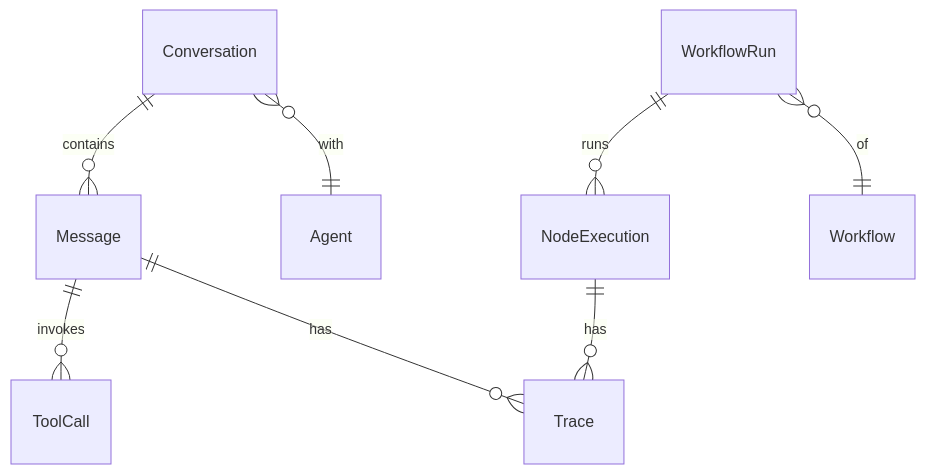
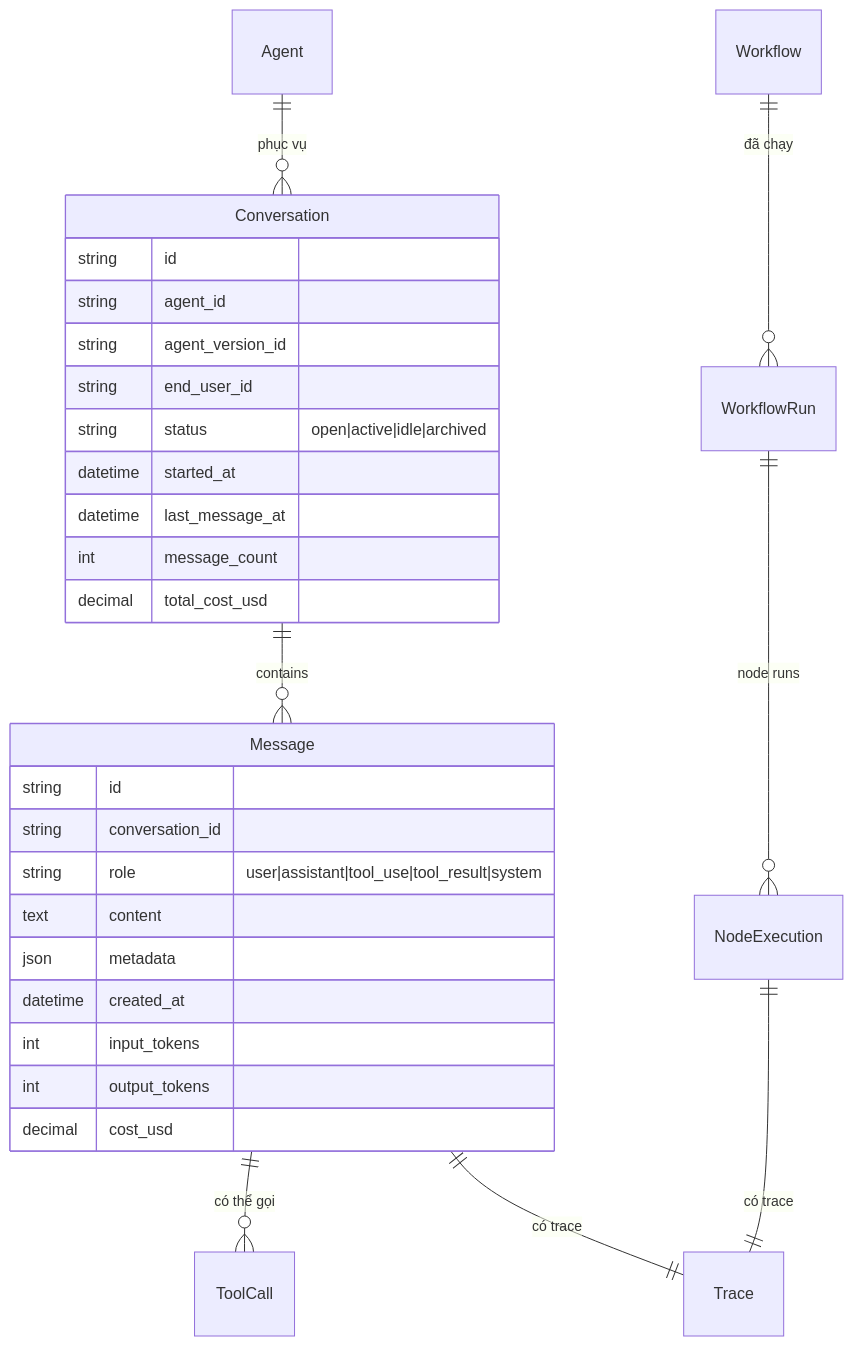
The first of 2 diagrams in docs/02-domain/07-conversation.md (cmc-phongnd/agent-platform-docs), drawn with Mermaid before and after one commit. The commit also changed other lines of this file and 14 other files, not shown here.

````diff
--- a/docs/02-domain/07-conversation.md
+++ b/docs/02-domain/07-conversation.md
@@ -20,10 +45,34 @@
 ```mermaid
 erDiagram
+    Agent ||--o{ Conversation : "phục vụ"
     Conversation ||--o{ Message : contains
-    Message ||--o{ ToolCall : invokes
-    Message ||--o{ Trace : has
-    WorkflowRun ||--o{ NodeExecution : runs
-    NodeExecution ||--o{ Trace : has
-    Conversation }o--|| Agent : with
-    WorkflowRun }o--|| Workflow : of
+    Message ||--o{ ToolCall : "có thể gọi"
+    Message ||--|| Trace : "có trace"
+
+    Workflow ||--o{ WorkflowRun : "đã chạy"
+    WorkflowRun ||--o{ NodeExecution : "node runs"
+    NodeExecution ||--|| Trace : "có trace"
+
+    Conversation {
+        string id
+        string agent_id
+        string agent_version_id
+        string end_user_id
+        string status "open|active|idle|archived"
+        datetime started_at
+        datetime last_message_at
+        int message_count
+        decimal total_cost_usd
+    }
+    Message {
+        string id
+        string conversation_id
+        string role "user|assistant|tool_use|tool_result|system"
+        text content
+        json metadata
+        datetime created_at
+        int input_tokens
+        int output_tokens
+        decimal cost_usd
+    }
 ```
````
